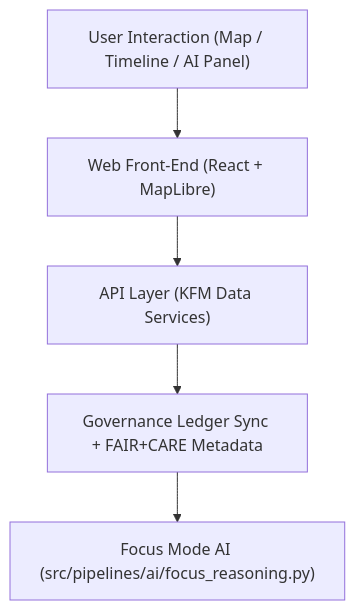
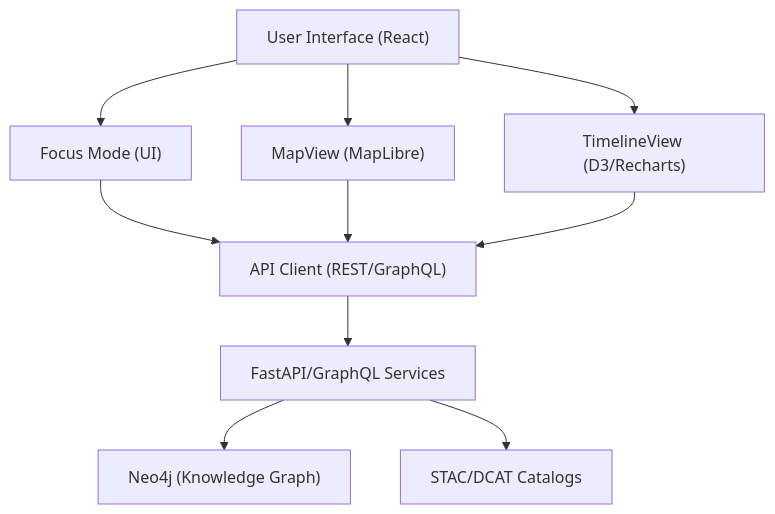
One commit to bartytime4life/Kansas-Frontier-Matrix changed the diagram in web/README.md. Above: the diagram before and after it, drawn with Mermaid. The commit also changed other lines of this file, not shown here.

````diff
--- a/web/README.md
+++ b/web/README.md
@@ -74,7 +67,12 @@
 ```mermaid
 flowchart TD
-    A["User Interaction (Map / Timeline / AI Panel)"] --> B["Web Front-End (React + MapLibre)"]
-    B --> C["API Layer (KFM Data Services)"]
-    C --> D["Governance Ledger Sync + FAIR+CARE Metadata"]
-    D --> E["Focus Mode AI (src/pipelines/ai/focus_reasoning.py)"]
+A["User Interface (React)"] --> B["Focus Mode (UI)"]
+A --> C["MapView (MapLibre)"]
+A --> D["TimelineView (D3/Recharts)"]
+B --> E["API Client (REST/GraphQL)"]
+C --> E
+D --> E
+E --> F["FastAPI/GraphQL Services"]
+F --> G["Neo4j (Knowledge Graph)"]
+F --> H["STAC/DCAT Catalogs"]
 ```
````
